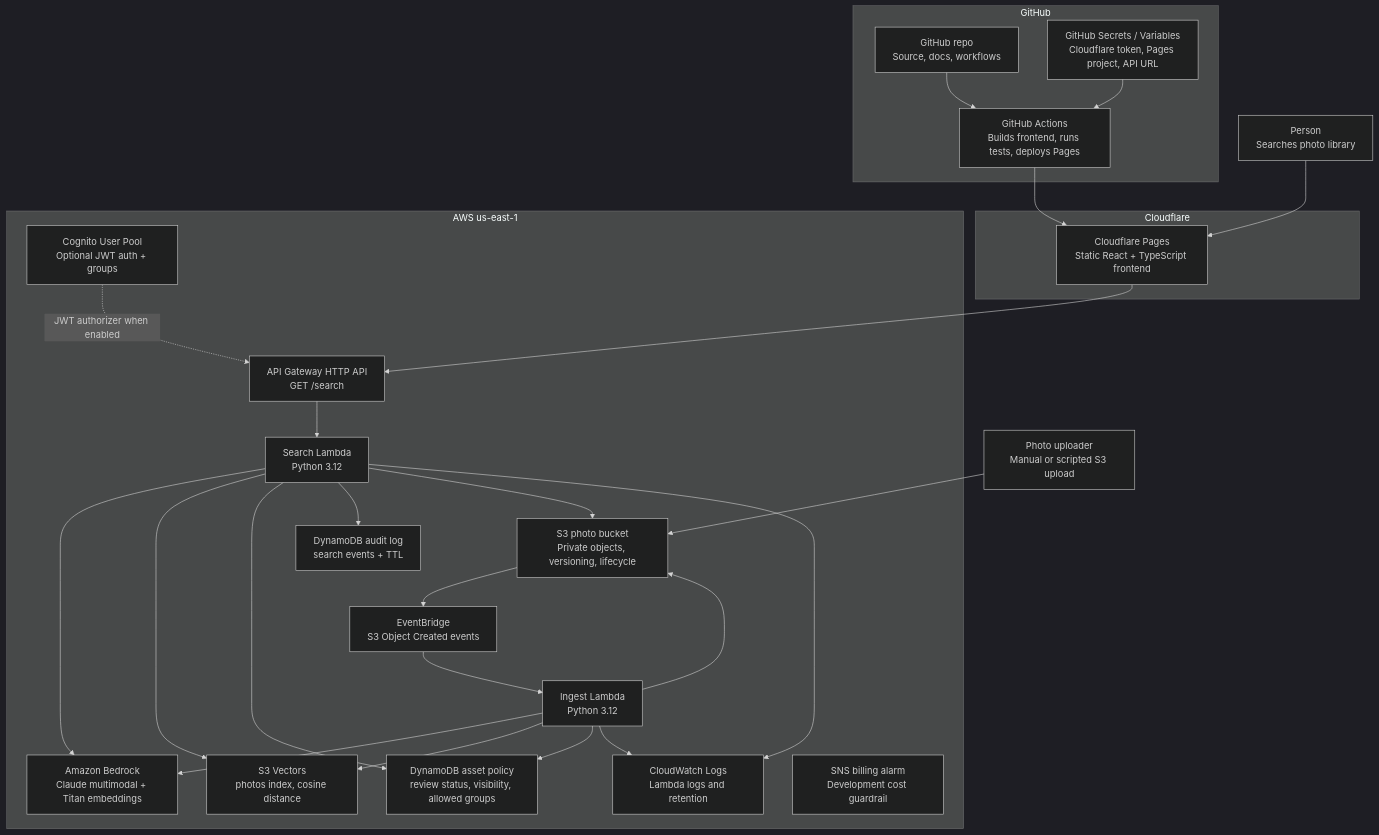
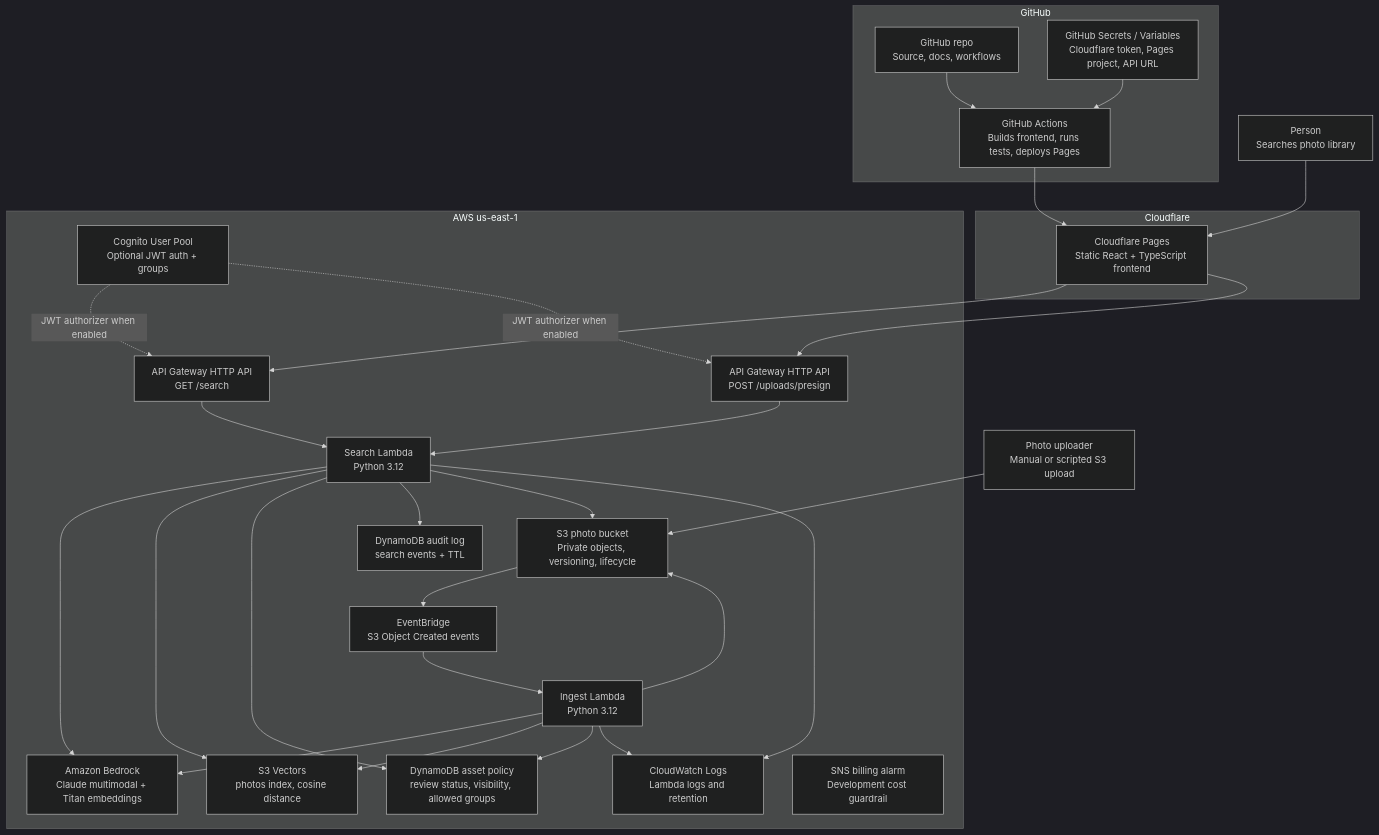
One commit to manynames3/photoscribe-ai changed the diagram in docs/architecture.md. Above: the diagram before and after it, drawn with Mermaid (dark theme). The commit also changed other lines of this file and 16 other files, not shown here.

````diff
--- a/docs/architecture.md
+++ b/docs/architecture.md
@@ -7,54 +7,58 @@
 ```mermaid
 flowchart TB
     person["Person<br/>Searches photo library"]
     uploader["Photo uploader<br/>Manual or scripted S3 upload"]
 
     subgraph cloudflare["Cloudflare"]
         pages["Cloudflare Pages<br/>Static React + TypeScript frontend"]
     end
 
     subgraph github["GitHub"]
         repo["GitHub repo<br/>Source, docs, workflows"]
         actions["GitHub Actions<br/>Builds frontend, runs tests, deploys Pages"]
         secrets["GitHub Secrets / Variables<br/>Cloudflare token, Pages project, API URL"]
     end
 
     subgraph aws["AWS us-east-1"]
         cognito["Cognito User Pool<br/>Optional JWT auth + groups"]
         api["API Gateway HTTP API<br/>GET /search"]
+        upload_api["API Gateway HTTP API<br/>POST /uploads/presign"]
         search["Search Lambda<br/>Python 3.12"]
         ingest["Ingest Lambda<br/>Python 3.12"]
         photos["S3 photo bucket<br/>Private objects, versioning, lifecycle"]
         events["EventBridge<br/>S3 Object Created events"]
         vectors["S3 Vectors<br/>photos index, cosine distance"]
         policy["DynamoDB asset policy<br/>review status, visibility, allowed groups"]
         audit["DynamoDB audit log<br/>search events + TTL"]
         bedrock["Amazon Bedrock<br/>Claude multimodal + Titan embeddings"]
         logs["CloudWatch Logs<br/>Lambda logs and retention"]
         alarm["SNS billing alarm<br/>Development cost guardrail"]
     end
 
     person --> pages
     pages --> api
+    pages --> upload_api
     cognito -. "JWT authorizer when enabled" .-> api
+    cognito -. "JWT authorizer when enabled" .-> upload_api
     api --> search
+    upload_api --> search
     search --> bedrock
     search --> vectors
     search --> policy
     search --> audit
     search --> photos
     search --> logs
 
     uploader --> photos
     photos --> events
     events --> ingest
     ingest --> photos
     ingest --> bedrock
     ingest --> vectors
     ingest --> policy
     ingest --> logs
 
     repo --> actions
     secrets --> actions
     actions --> pages
 ```
````
